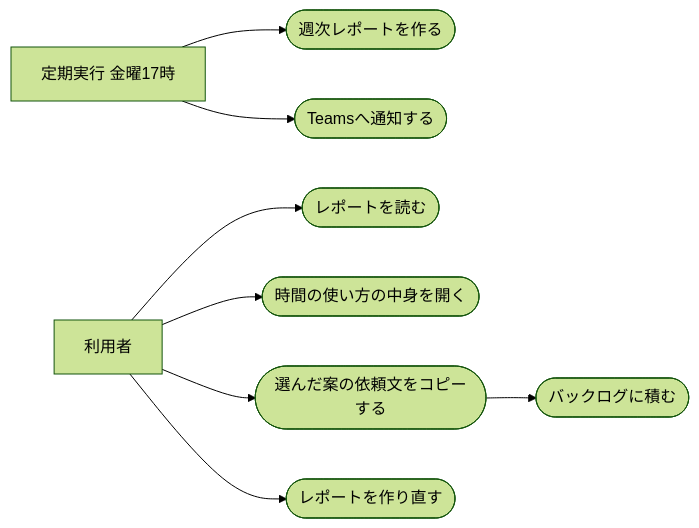
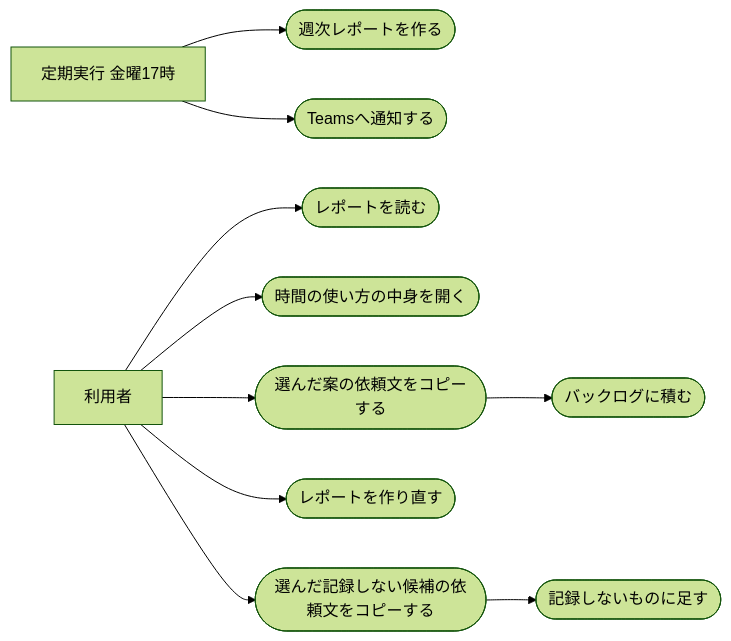
The diagram in apps/routine-work-finder/specs/weekly-automation-report/requirements.md (dnode-ryosuke-yamazaki/study), drawn with Mermaid (forest theme) before and after one commit. The commit also changed other lines of this file and 9 other files, not shown here.

````diff
--- a/apps/routine-work-finder/specs/weekly-automation-report/requirements.md
+++ b/apps/routine-work-finder/specs/weekly-automation-report/requirements.md
@@ -23,10 +25,12 @@
 ```mermaid
 flowchart LR
     timer["定期実行 金曜17時"] --> make(["週次レポートを作る"])
     timer --> notify(["Teamsへ通知する"])
     user["利用者"] --> open(["レポートを読む"])
     user --> detail(["時間の使い方の中身を開く"])
     user --> copy(["選んだ案の依頼文をコピーする"])
     user --> remake(["レポートを作り直す"])
+    user --> excopy(["選んだ記録しない候補の依頼文をコピーする"])
     copy --> backlog(["バックログに積む"])
+    excopy --> exclude(["記録しないものに足す"])
 ```
````
